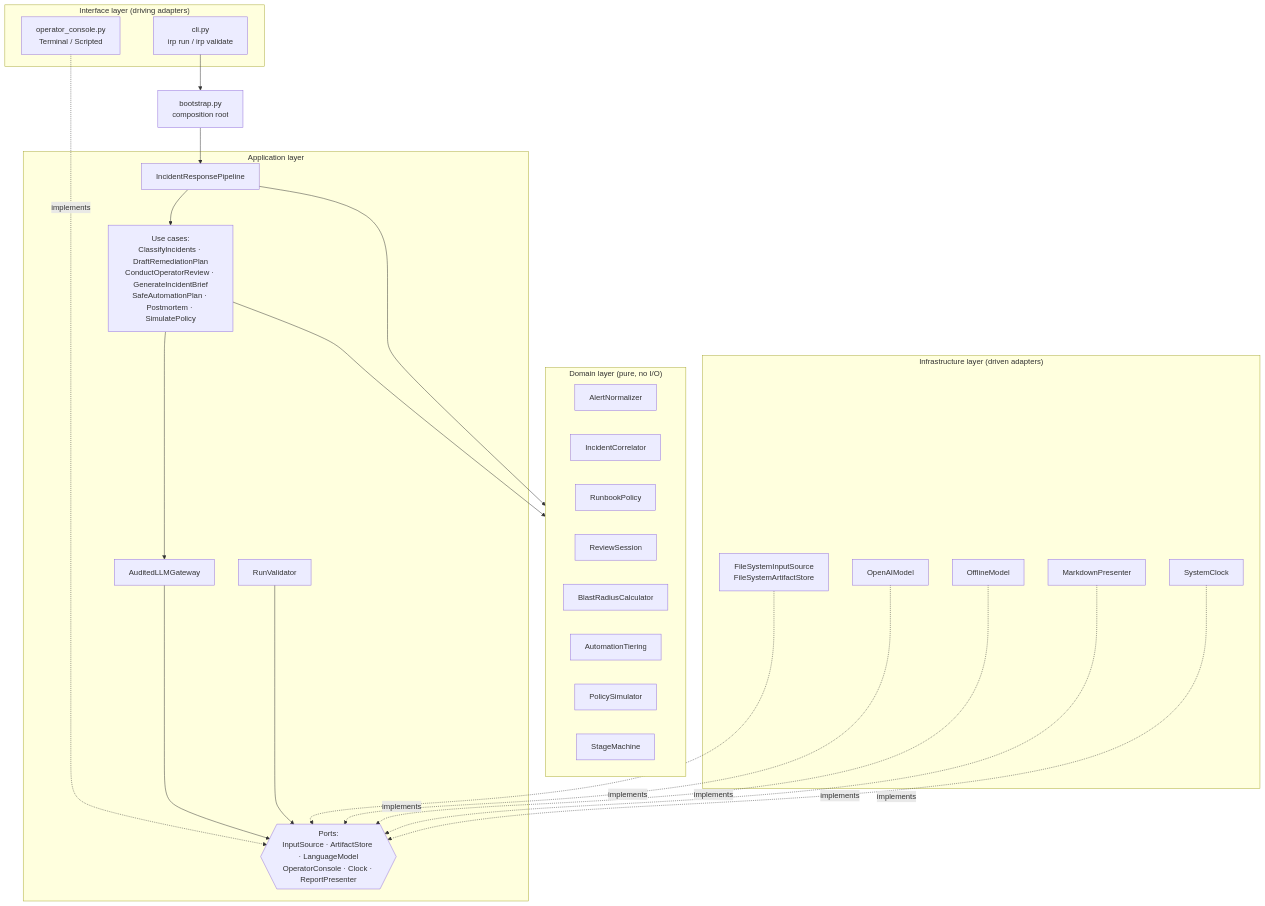
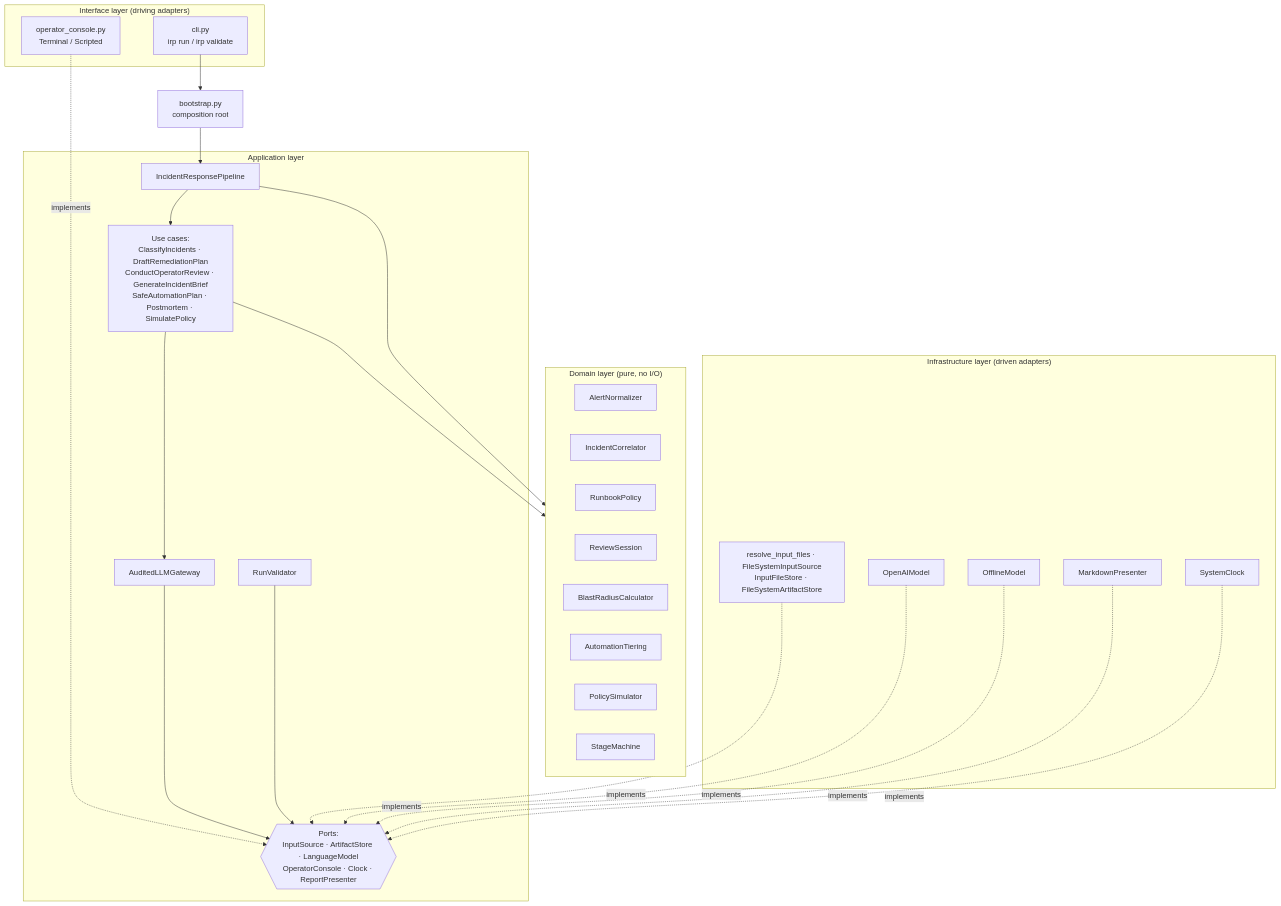
One commit to srikanthkakumanu/deriv-irp changed the second of 8 diagrams in docs/IMPLEMENTATION_SPEC.md. Above: the diagram before and after it, drawn with Mermaid. The commit also changed other lines of this file and 19 other files, not shown here.

````diff
--- a/docs/IMPLEMENTATION_SPEC.md
+++ b/docs/IMPLEMENTATION_SPEC.md
@@ -73,45 +73,45 @@
 ```mermaid
 flowchart TB
     subgraph Interface["Interface layer (driving adapters)"]
         CLI[cli.py<br/>irp run / irp validate]
         CON[operator_console.py<br/>Terminal / Scripted]
     end
     subgraph Application["Application layer"]
         PIPE[IncidentResponsePipeline]
         UC[Use cases:<br/>ClassifyIncidents · DraftRemediationPlan<br/>ConductOperatorReview · GenerateIncidentBrief<br/>SafeAutomationPlan · Postmortem · SimulatePolicy]
         GW[AuditedLLMGateway]
         VAL[RunValidator]
         PORTS{{Ports:<br/>InputSource · ArtifactStore · LanguageModel<br/>OperatorConsole · Clock · ReportPresenter}}
     end
     subgraph Domain["Domain layer (pure, no I/O)"]
         D1[AlertNormalizer]
         D2[IncidentCorrelator]
         D3[RunbookPolicy]
         D4[ReviewSession]
         D5[BlastRadiusCalculator]
         D6[AutomationTiering]
         D7[PolicySimulator]
         D8[StageMachine]
     end
     subgraph Infrastructure["Infrastructure layer (driven adapters)"]
-        FS[FileSystemInputSource<br/>FileSystemArtifactStore]
+        FS[resolve_input_files · FileSystemInputSource<br/>InputFileStore · FileSystemArtifactStore]
         OAI[OpenAIModel]
         OFF[OfflineModel]
         MD[MarkdownPresenter]
         CLK[SystemClock]
     end
     BOOT[bootstrap.py<br/>composition root]
 
     CLI --> BOOT --> PIPE
     CON -. implements .-> PORTS
     PIPE --> UC --> GW
     UC --> Domain
     PIPE --> Domain
     GW --> PORTS
     VAL --> PORTS
     FS -. implements .-> PORTS
     OAI -. implements .-> PORTS
     OFF -. implements .-> PORTS
     MD -. implements .-> PORTS
     CLK -. implements .-> PORTS
 ```
````
